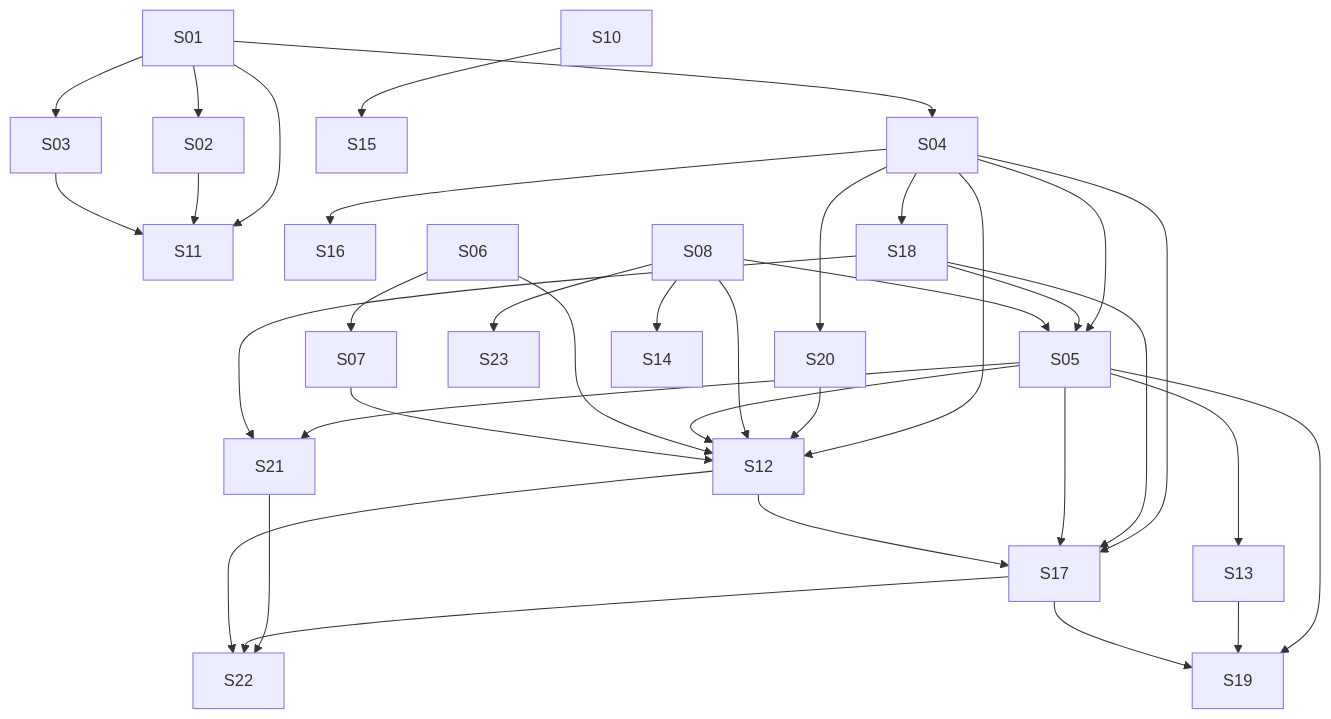
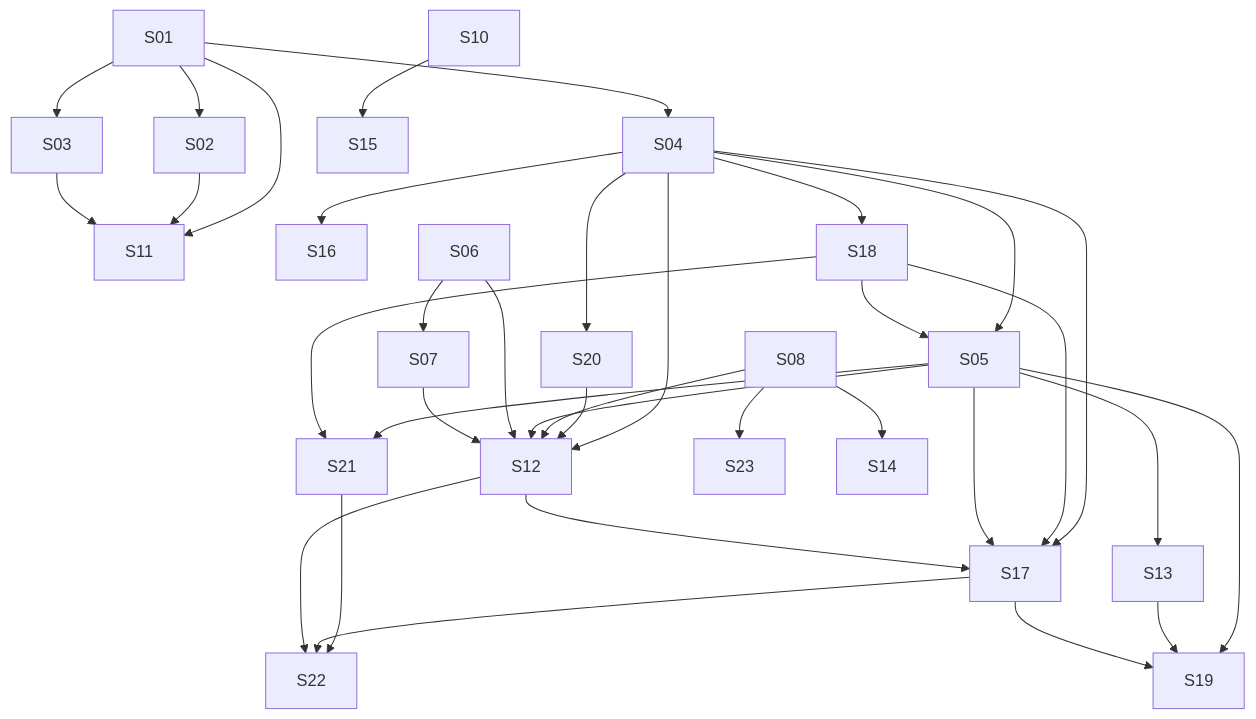
One commit to lmmoreira/ikaro changed the diagram in plan/M23-MULTIVERTICAL-APPOINTMENT-BOOKING.md. Above: the diagram before and after it, drawn with Mermaid. The commit also changed other lines of this file and 7 other files, not shown here.

````diff
--- a/plan/M23-MULTIVERTICAL-APPOINTMENT-BOOKING.md
+++ b/plan/M23-MULTIVERTICAL-APPOINTMENT-BOOKING.md
@@ -44,38 +44,37 @@
 ```mermaid
 graph TD
   S01 --> S02
   S01 --> S03
   S01 --> S04
   S01 --> S11
   S02 --> S11
   S03 --> S11
   S04 --> S05
   S04 --> S12
   S04 --> S16
   S04 --> S17
   S04 --> S18
   S18 --> S05
   S04 --> S20
   S20 --> S12
   S05 --> S21
   S18 --> S21
   S21 --> S22
   S17 --> S22
   S12 --> S22
-  S08 --> S05
   S08 --> S12
   S08 --> S23
   S18 --> S17
   S05 --> S12
   S05 --> S13
   S05 --> S17
   S12 --> S17
   S05 --> S19
   S13 --> S19
   S17 --> S19
   S06 --> S07
   S06 --> S12
   S07 --> S12
   S08 --> S14
   S10 --> S15
 ```
````
